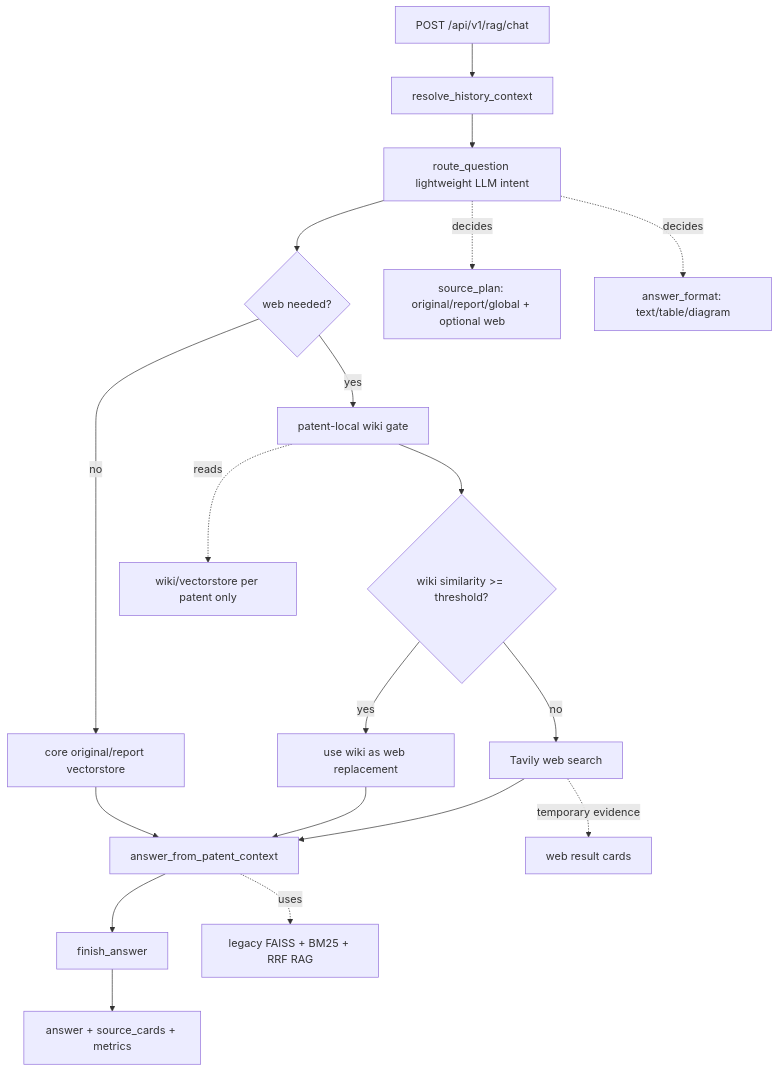
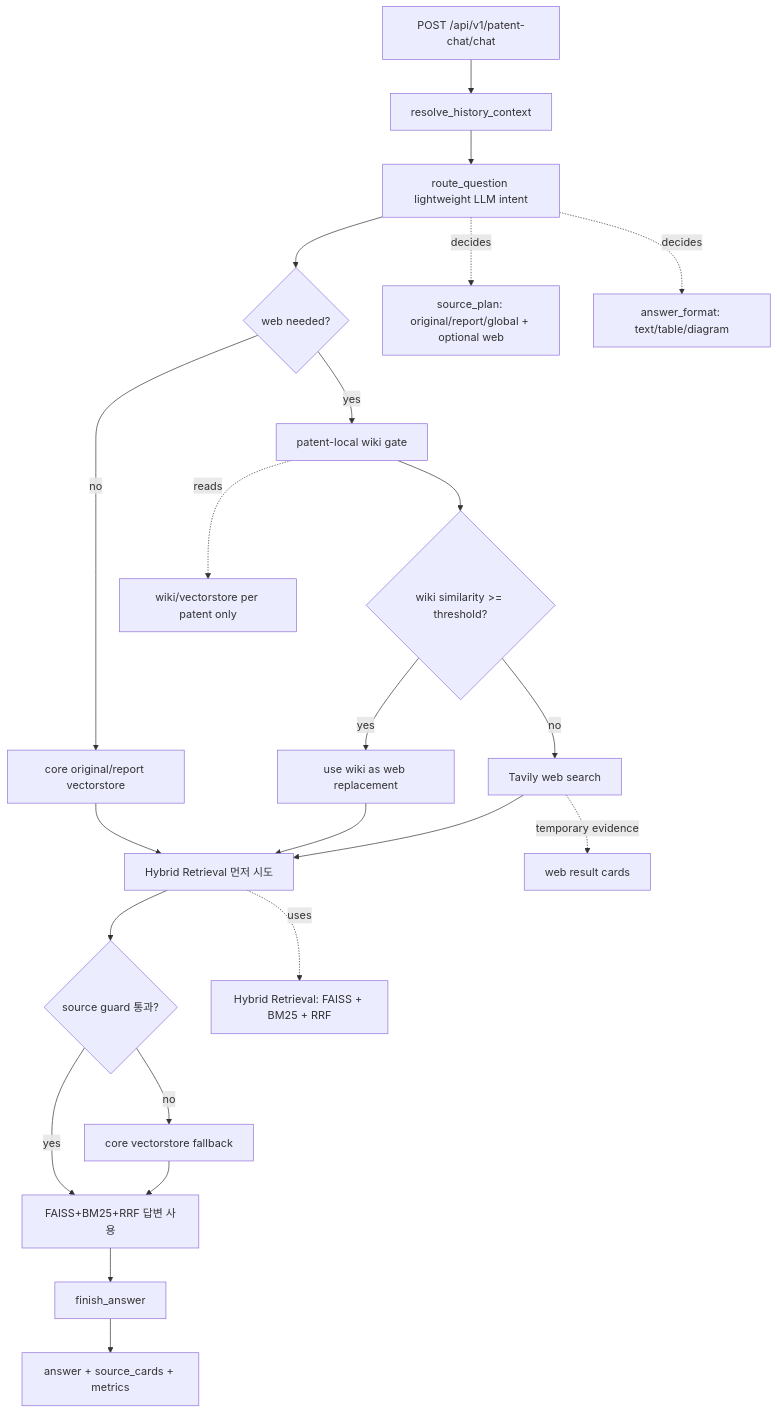
Before and after one commit to skipers/skipa-ai-server: the fourth of 6 diagrams in README.md, drawn with Mermaid. The commit also changed other lines of this file and 9 other files, not shown here.

Commit message:
feat: expose unified patent chat API

````diff
--- a/README.md
+++ b/README.md
@@ -995,22 +995,26 @@
 ```mermaid
 flowchart TD
-  Q[POST /api/v1/rag/chat] --> H[resolve_history_context]
+  Q[POST /api/v1/patent-chat/chat] --> H[resolve_history_context]
   H --> I[route_question lightweight LLM intent]
   I --> X{web needed?}
   X -->|no| C[core original/report vectorstore]
   X -->|yes| W[patent-local wiki gate]
   W --> Y{wiki similarity >= threshold?}
   Y -->|yes| WG[use wiki as web replacement]
   Y -->|no| WEB[Tavily web search]
-  C --> R[answer_from_patent_context]
-  WG --> R
-  WEB --> R
+  C --> HR[Hybrid Retrieval 먼저 시도]
+  WG --> HR
+  WEB --> HR
+  HR --> SG{source guard 통과?}
+  SG -->|yes| R[FAISS+BM25+RRF 답변 사용]
+  SG -->|no| FB[core vectorstore fallback]
+  FB --> R
   R --> F[finish_answer]
   F --> O[answer + source_cards + metrics]
 
   I -. decides .-> SP[source_plan: original/report/global + optional web]
   I -. decides .-> AF[answer_format: text/table/diagram]
   W -. reads .-> VS[wiki/vectorstore per patent only]
   WEB -. temporary evidence .-> WD[web result cards]
-  R -. uses .-> LG[legacy FAISS + BM25 + RRF RAG]
+  HR -. uses .-> LG[Hybrid Retrieval: FAISS + BM25 + RRF]
 ```
````
